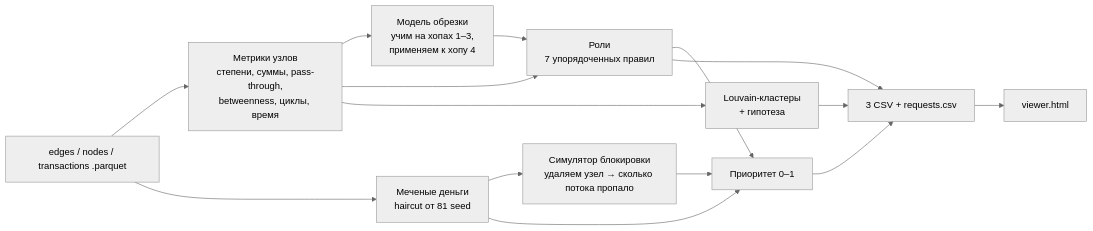
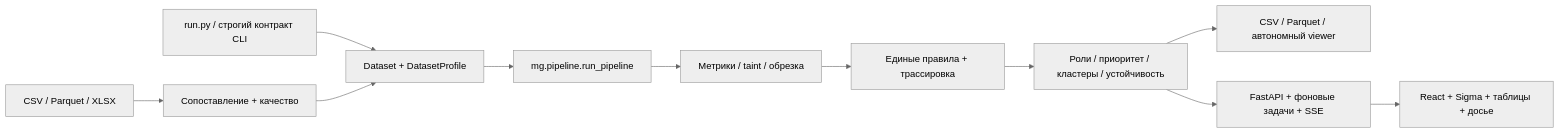
One commit to BAITC-Hacks/hack-61c5ca4c-orbit-digital-ako changed the diagram in money_graph/README.md. Above: the diagram before and after it, drawn with Mermaid (neutral theme). The commit also changed other lines of this file and 118 other files, not shown here.

````diff
--- a/money_graph/README.md
+++ b/money_graph/README.md
@@ -68,12 +105,13 @@
 ```mermaid
 flowchart LR
-  A[edges / nodes / transactions .parquet] --> B[Метрики узлов<br>степени, суммы, pass-through,<br>betweenness, циклы, время]
-  A --> C[Меченые деньги<br>haircut от 81 seed]
-  C --> D[Симулятор блокировки<br>удаляем узел → сколько потока пропало]
-  B --> E[Модель обрезки<br>учим на хопах 1–3,<br>применяем к хопу 4]
-  B & E --> F[Роли<br>7 упорядоченных правил]
-  C & D & F --> G[Приоритет 0–1]
-  B --> H[Louvain-кластеры<br>+ гипотеза]
-  F & G & H --> I[3 CSV + requests.csv]
-  I --> J[viewer.html]
+  CLI[run.py / строгий контракт CLI] --> DS[Dataset + DatasetProfile]
+  Upload[CSV / Parquet / XLSX] --> Map[Сопоставление + качество]
+  Map --> DS
+  DS --> Core[mg.pipeline.run_pipeline]
+  Core --> Features[Метрики / taint / обрезка]
+  Features --> Rules[Единые правила + трассировка]
+  Rules --> Results[Роли / приоритет / кластеры / устойчивость]
+  Results --> Export[CSV / Parquet / автономный viewer]
+  Results --> API[FastAPI + фоновые задачи + SSE]
+  API --> UI[React + Sigma + таблицы + досье]
 ```
````
